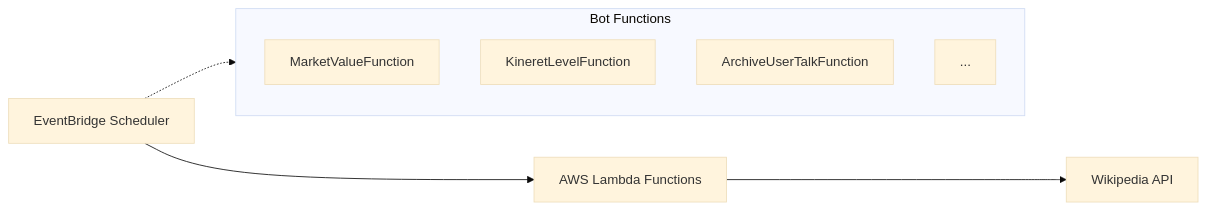
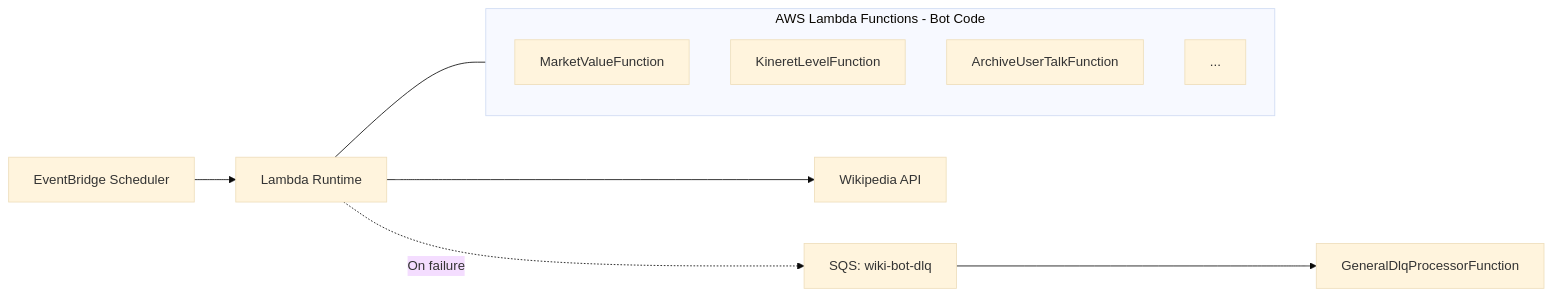
The first of 2 diagrams in README.md (EladHeller/wiki-bot), drawn with Mermaid (base theme) before and after one commit.

Commit message:
README: update architecture.

````diff
--- a/README.md
+++ b/README.md
@@ -14,14 +14,16 @@
 ```mermaid
 graph LR
-    Cron[EventBridge Scheduler] --> Lambda[AWS Lambda Functions]
-    Lambda --> WikiAPI[Wikipedia API]
+    Cron[EventBridge Scheduler] --> LambdaRuntime[Lambda Runtime]
+    LambdaRuntime --> WikiAPI[Wikipedia API]
+    LambdaRuntime -. "On failure" .-> DLQ[SQS: wiki-bot-dlq]
+    DLQ --> DLQLogger[GeneralDlqProcessorFunction]
     
-    subgraph Functions [Bot Functions]
+    subgraph LambdaGroup["AWS Lambda Functions - Bot Code"]
         F1[MarketValueFunction]
         F2[KineretLevelFunction]
         F3[ArchiveUserTalkFunction]
         F4[...]
     end
     
-    Cron -.-> Functions
+    LambdaRuntime --- LambdaGroup
 ```
````
